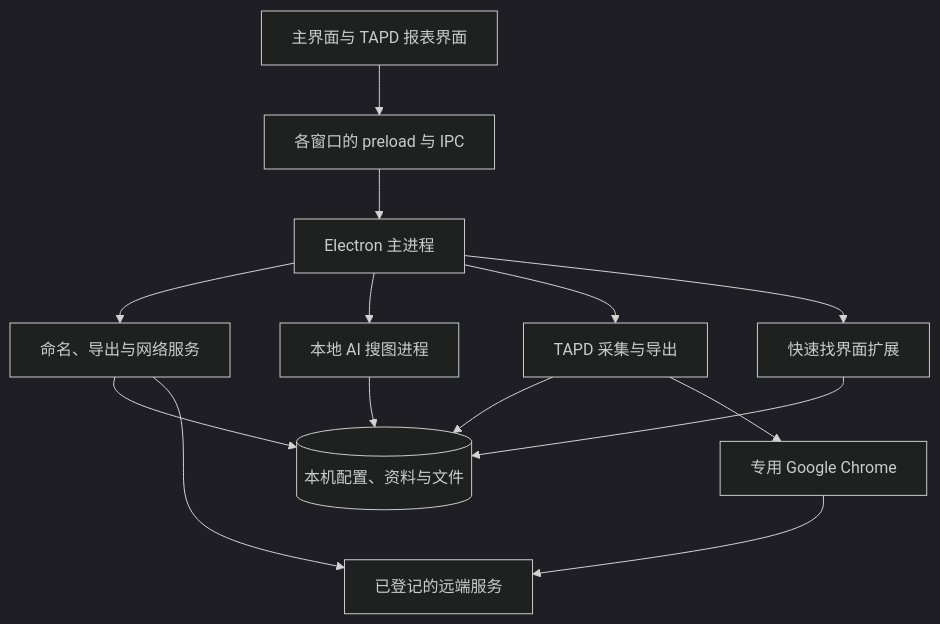
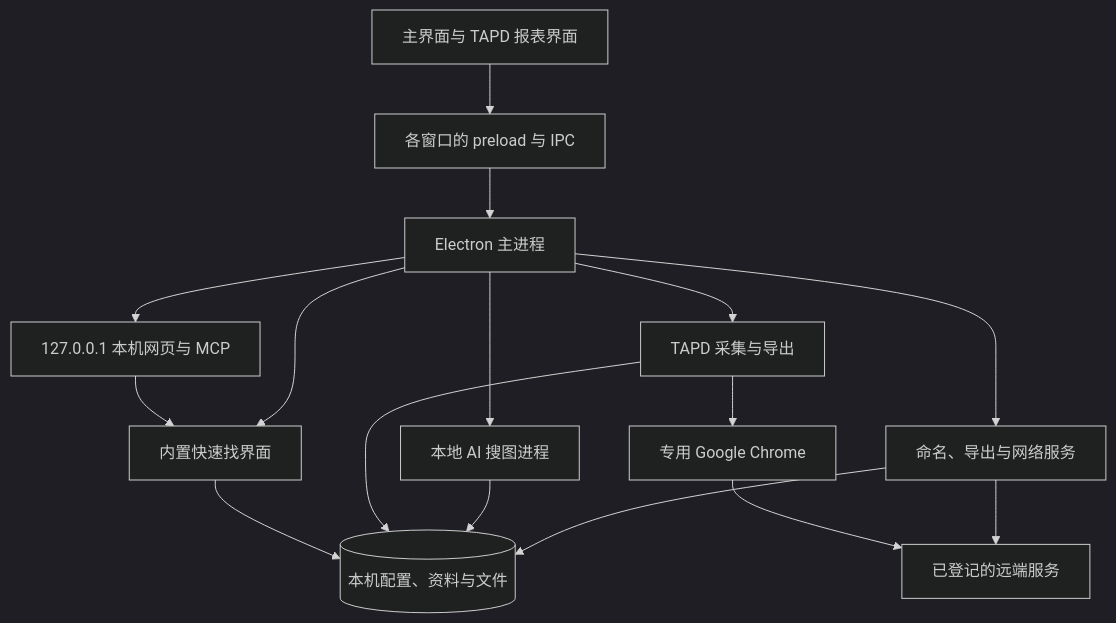
One commit to 907609732/NGR-AssetPilot-App changed the diagram in docs/ARCHITECTURE.md. Above: the diagram before and after it, drawn with Mermaid (dark theme). The commit also changed other lines of this file and 15 other files, not shown here.

````diff
--- a/docs/ARCHITECTURE.md
+++ b/docs/ARCHITECTURE.md
@@ -25,16 +25,18 @@
 ```mermaid
 flowchart TB
     UI["主界面与 TAPD 报表界面"] --> Bridge["各窗口的 preload 与 IPC"]
     Bridge --> Main["Electron 主进程"]
     Main --> Core["命名、导出与网络服务"]
     Main --> Search["本地 AI 搜图进程"]
     Main --> Tapd["TAPD 采集与导出"]
-    Main --> Finder["快速找界面扩展"]
+    Main --> Finder["内置快速找界面"]
+    Main --> Tools["127.0.0.1 本机网页与 MCP"]
+    Tools --> Finder
     Core --> Local[("本机配置、资料与文件")]
     Search --> Local
     Tapd --> Local
     Finder --> Local
     Core --> Remote["已登记的远端服务"]
     Tapd --> Chrome["专用 Google Chrome"]
     Chrome --> Remote
 ```
````
